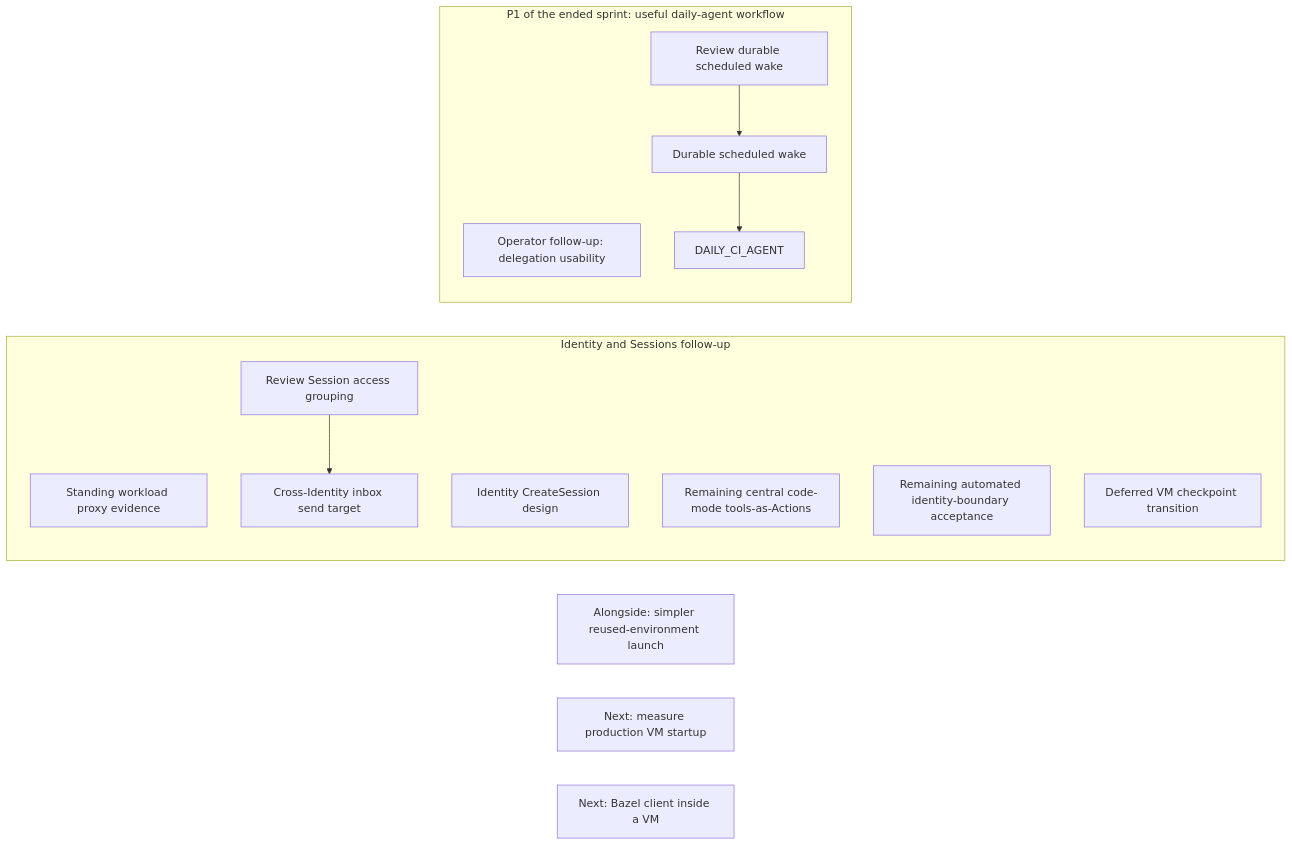
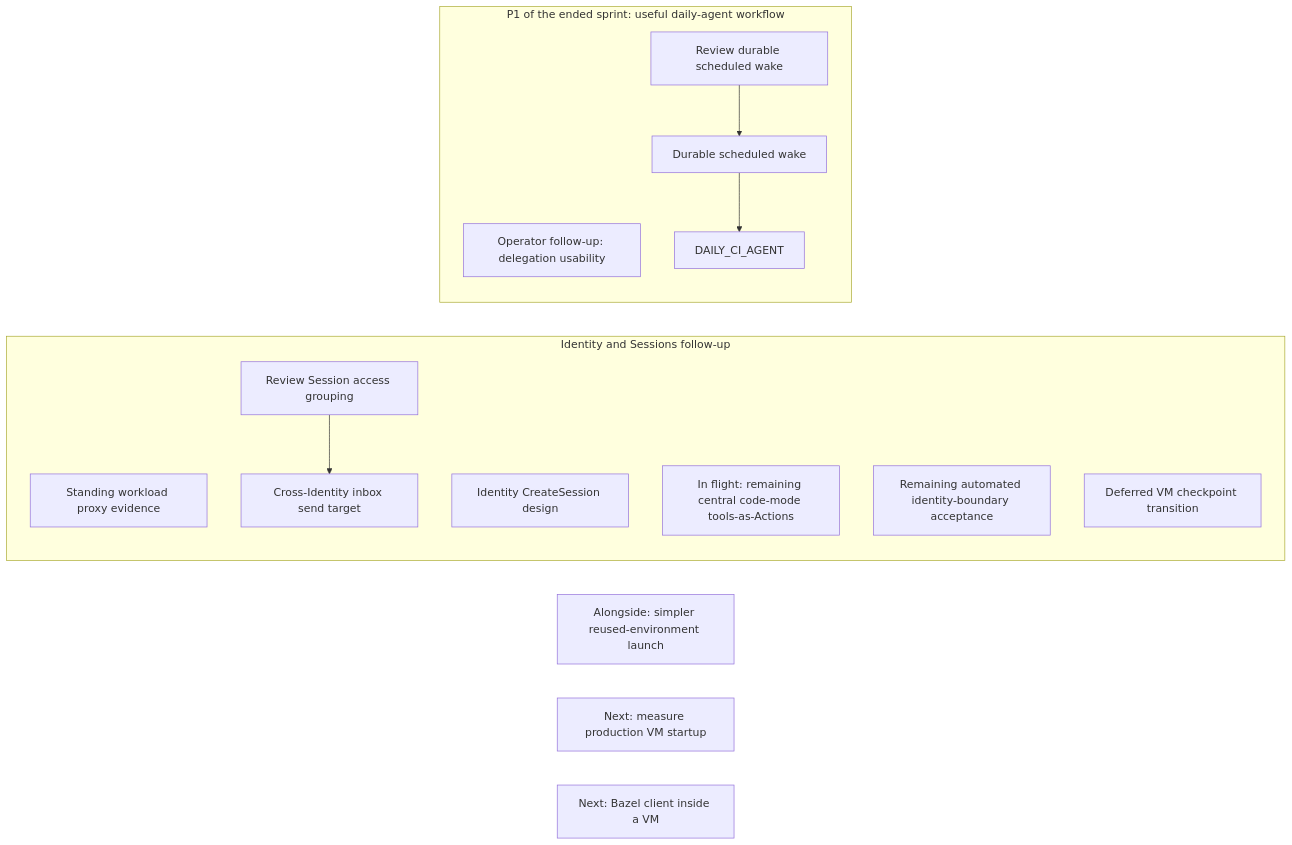
One commit to agentydragon/ducktape changed the third of 21 diagrams in agentplane/plans/task_dag.md. Above: the diagram before and after it, drawn with Mermaid. The commit also changed other lines of this file, not shown here.

````diff
--- a/agentplane/plans/task_dag.md
+++ b/agentplane/plans/task_dag.md
@@ -283,19 +292,19 @@
 ```mermaid
 flowchart LR
     subgraph IDENTITY_TRACK[Identity and Sessions follow-up]
         STANDING_WORKLOAD_IDENTITY[Standing workload proxy evidence]
         SESSION_ACCESS_GROUPING_DESIGN[Review Session access grouping] --> SESSION_IDENTITY_AUTHZ[Cross-Identity inbox send target]
         SESSION_SUBAGENT_DELEGATION[Identity CreateSession design]
-        CENTRAL_SESSION_DELEGATED_ACTING[Remaining central code-mode tools-as-Actions]
+        CENTRAL_SESSION_DELEGATED_ACTING[In flight: remaining central code-mode tools-as-Actions]
         IDENTITY_SYSTEM_TESTS[Remaining automated identity-boundary acceptance]
         SANDBOX_IDENTITY_CHANGE_CHECKPOINT[Deferred VM checkpoint transition]
     end
     subgraph PRIORITY_ONE[P1 of the ended sprint: useful daily-agent workflow]
         THREAD_CREATE_AUTHORIZATION[Operator follow-up: delegation usability]
         SCHEDULED_AGENT_WAKE_DESIGN[Review durable scheduled wake] --> SCHEDULED_AGENT_WAKE
         SCHEDULED_AGENT_WAKE[Durable scheduled wake] --> DAILY_CI_AGENT
     end
     SESSION_LAUNCH_FRICTION[Alongside: simpler reused-environment launch]
     VM_STARTUP_LATENCY[Next: measure production VM startup]
     LOCAL_BAZEL[Next: Bazel client inside a VM]
 ```
````
